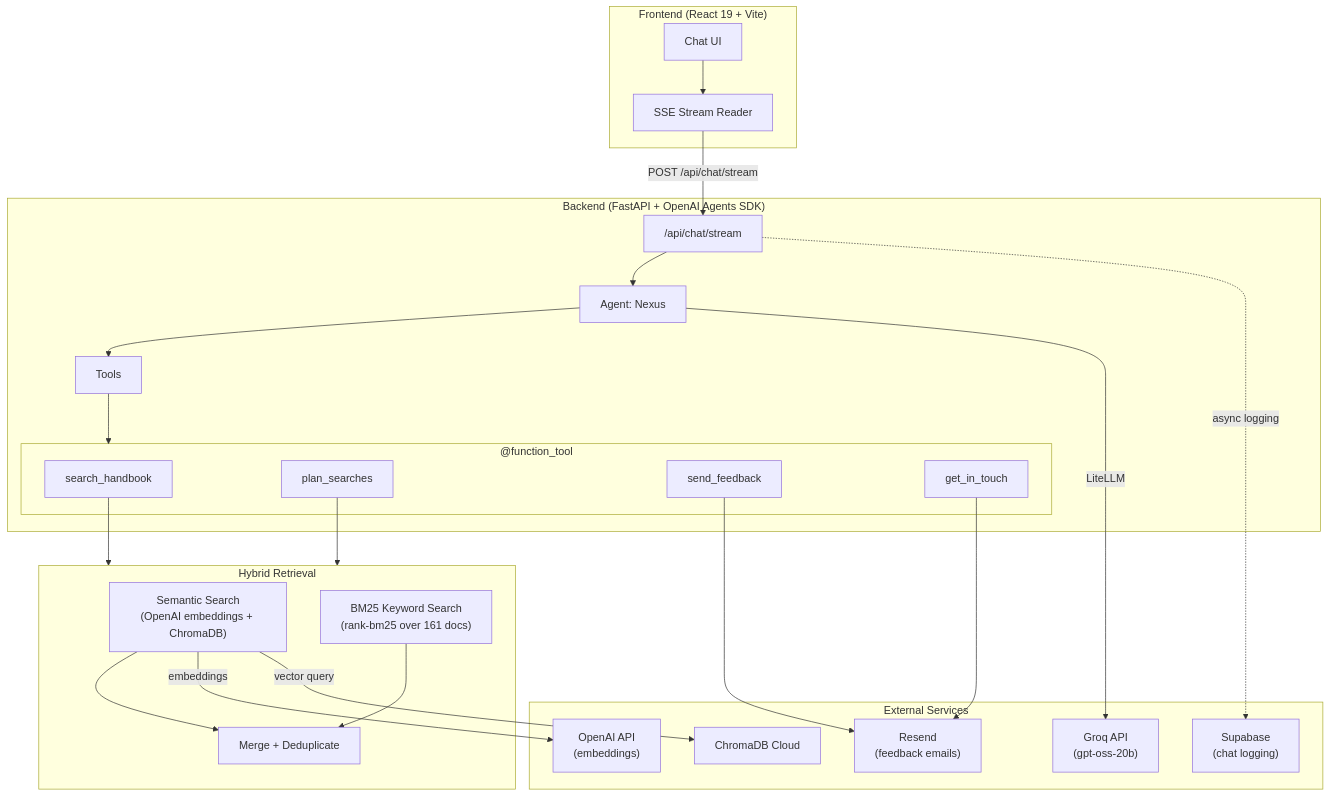
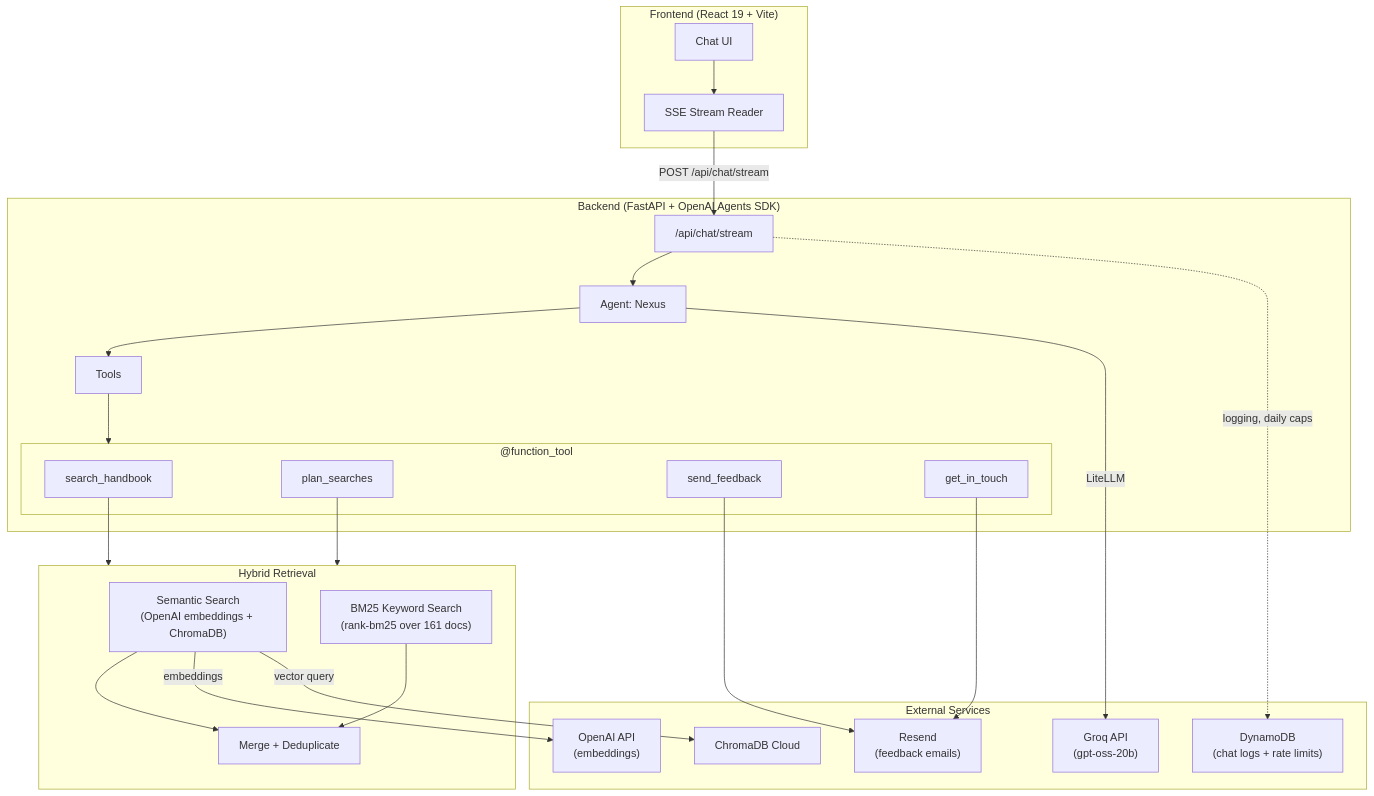
One commit to smvanegasp/madetech-rag-assistant changed the first of 2 diagrams in README.md. Above: the diagram before and after it, drawn with Mermaid. The commit also changed other lines of this file and 58 other files, not shown here.

````diff
--- a/README.md
+++ b/README.md
@@ -31,50 +21,50 @@
 ```mermaid
 flowchart TB
     subgraph Frontend ["Frontend (React 19 + Vite)"]
         UI[Chat UI]
         SSE[SSE Stream Reader]
         UI --> SSE
     end
 
     subgraph Backend ["Backend (FastAPI + OpenAI Agents SDK)"]
         API["/api/chat/stream"]
         Agent["Agent: Nexus"]
         Tools["Tools"]
         API --> Agent
 
         subgraph ToolSet ["@function_tool"]
             SH[search_handbook]
             PS[plan_searches]
             SF[send_feedback]
             GT[get_in_touch]
         end
         Agent --> Tools
         Tools --> ToolSet
     end
 
     subgraph Retrieval ["Hybrid Retrieval"]
         Semantic["Semantic Search\n(OpenAI embeddings + ChromaDB)"]
         BM25["BM25 Keyword Search\n(rank-bm25 over 161 docs)"]
         Merge["Merge + Deduplicate"]
         Semantic --> Merge
         BM25 --> Merge
     end
 
     subgraph External ["External Services"]
         Groq["Groq API\n(gpt-oss-20b)"]
         OAI["OpenAI API\n(embeddings)"]
         Chroma["ChromaDB Cloud"]
-        Supa["Supabase\n(chat logging)"]
+        Dynamo["DynamoDB\n(chat logs + rate limits)"]
         Resend["Resend\n(feedback emails)"]
     end
 
     SSE -->|POST /api/chat/stream| API
     SH --> Retrieval
     PS --> Retrieval
     Agent -->|LiteLLM| Groq
     Semantic -->|embeddings| OAI
     Semantic -->|vector query| Chroma
     SF --> Resend
     GT --> Resend
-    API -.->|async logging| Supa
+    API -.->|logging, daily caps| Dynamo
 ```
````
